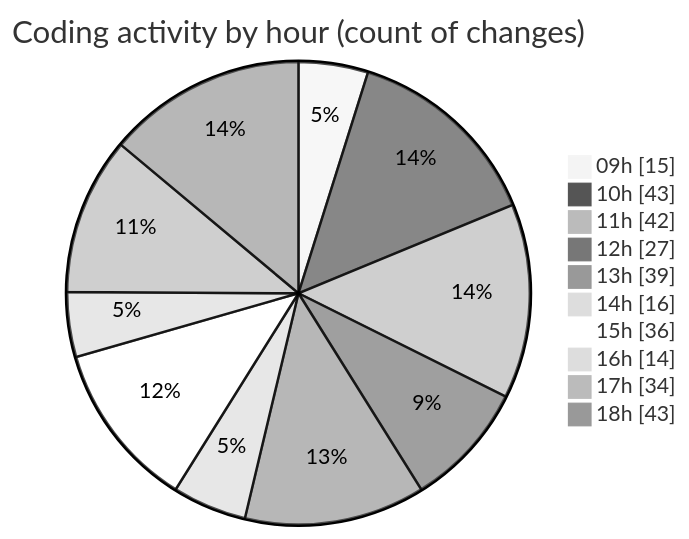
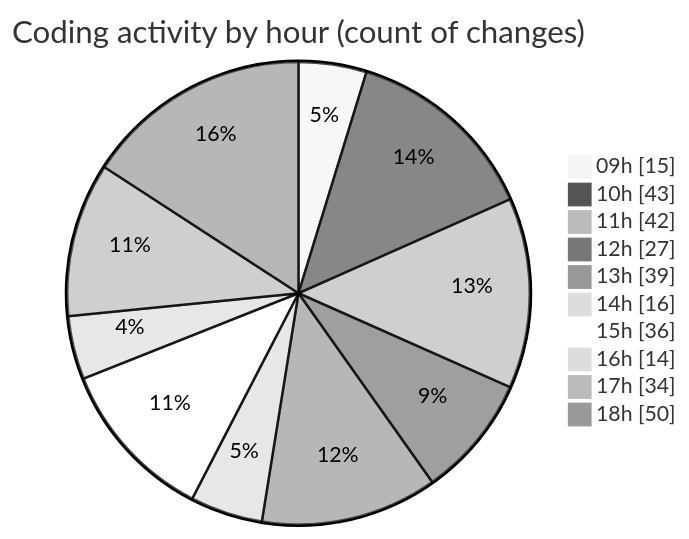
The second of 2 diagrams in 2025-09-30/cda/README.md (momahboobian/code-tracking), drawn with Mermaid (neutral theme) before and after one commit. The commit also changed other lines of this file and 1 other file, not shown here.

````diff
--- a/2025-09-30/cda/README.md
+++ b/2025-09-30/cda/README.md
@@ -34,14 +34,14 @@
 ```mermaid
 pie showData
 title Coding activity by hour (count of changes)
 "09h" : 15
 "10h" : 43
 "11h" : 42
 "12h" : 27
 "13h" : 39
 "14h" : 16
 "15h" : 36
 "16h" : 14
 "17h" : 34
-"18h" : 43
+"18h" : 50
 ```
````
